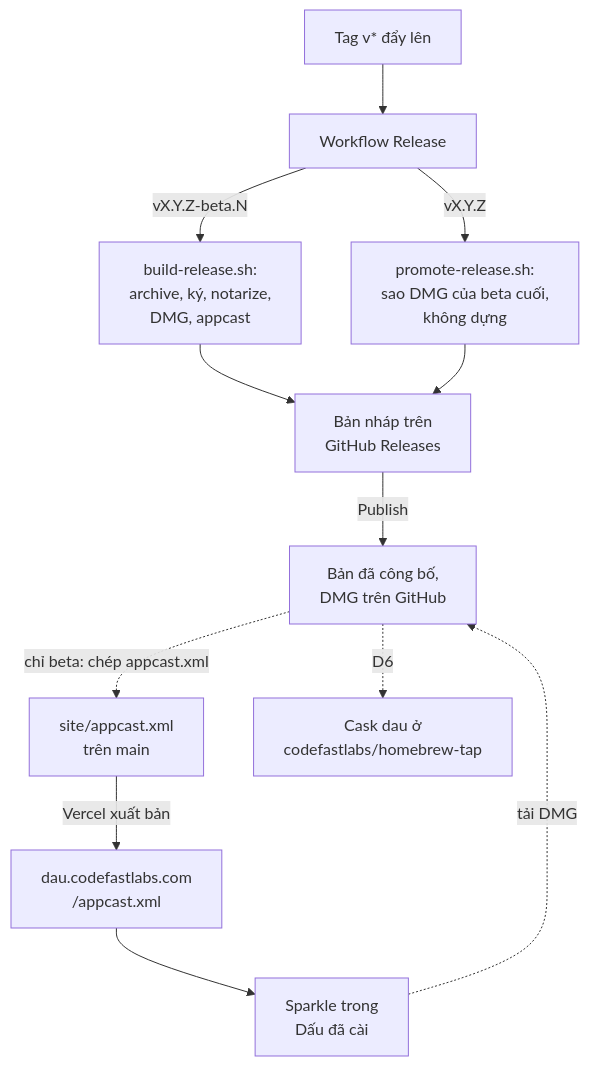
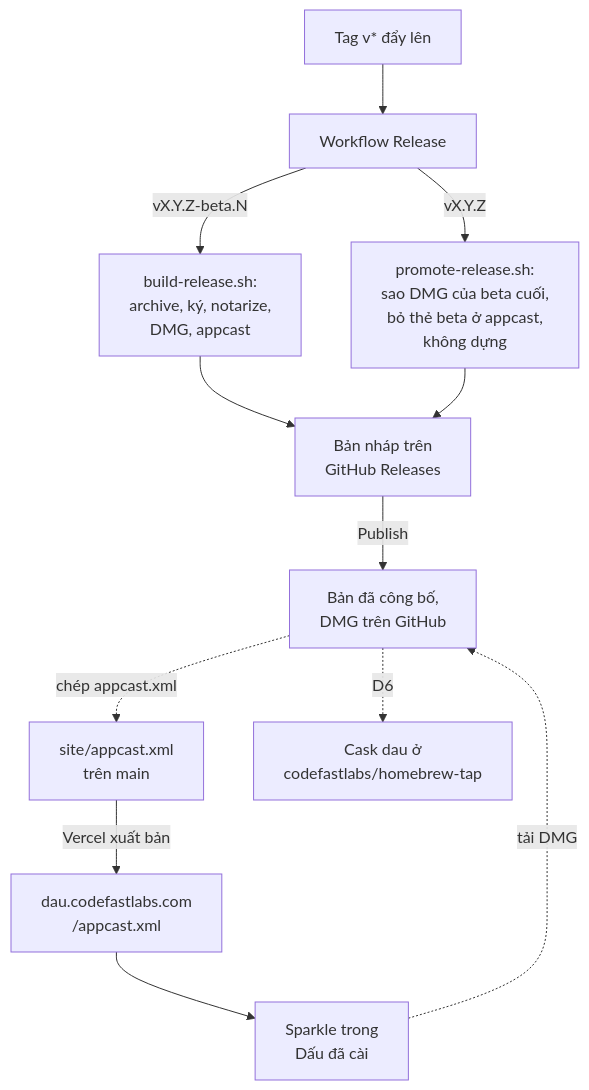
The first of 4 diagrams in docs/Releasing.md (codefastlabs/dau), drawn with Mermaid before and after one commit. The commit also changed other lines of this file and 7 other files, not shown here.

First line of the commit message:
build(release): tag beta items with Sparkle's beta channel, untag on promotion

````diff
--- a/docs/Releasing.md
+++ b/docs/Releasing.md
@@ -5,14 +5,14 @@
 ```mermaid
 flowchart TD
   tag["Tag v* đẩy lên"] --> wf["Workflow Release"]
   wf -- "vX.Y.Z-beta.N" --> build["build-release.sh:<br>archive, ký, notarize,<br>DMG, appcast"]
-  wf -- "vX.Y.Z" --> promote["promote-release.sh:<br>sao DMG của beta cuối,<br>không dựng"]
+  wf -- "vX.Y.Z" --> promote["promote-release.sh:<br>sao DMG của beta cuối,<br>bỏ thẻ beta ở appcast,<br>không dựng"]
   build --> draft["Bản nháp trên<br>GitHub Releases"]
   promote --> draft
   draft -- "Publish" --> pub["Bản đã công bố,<br>DMG trên GitHub"]
-  pub -. "chỉ beta: chép appcast.xml" .-> site["site/appcast.xml<br>trên main"]
+  pub -. "chép appcast.xml" .-> site["site/appcast.xml<br>trên main"]
   site -- "Vercel xuất bản" --> feed["dau.codefastlabs.com<br>/appcast.xml"]
   feed --> sparkle["Sparkle trong<br>Dấu đã cài"]
   sparkle -. "tải DMG" .-> pub
   pub -. "D6" .-> cask["Cask dau ở<br>codefastlabs/homebrew-tap"]
 ```
````
